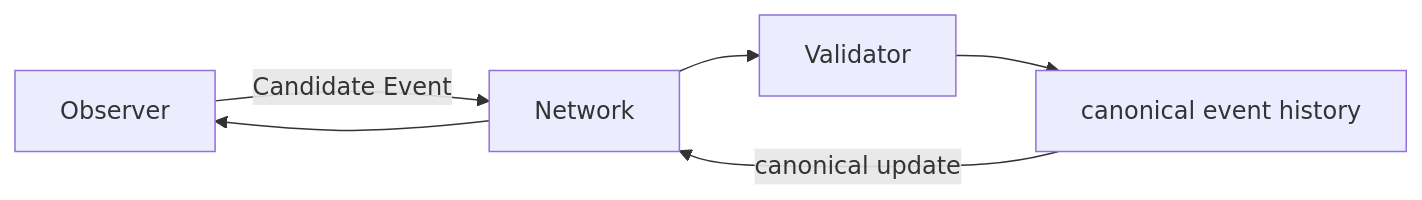
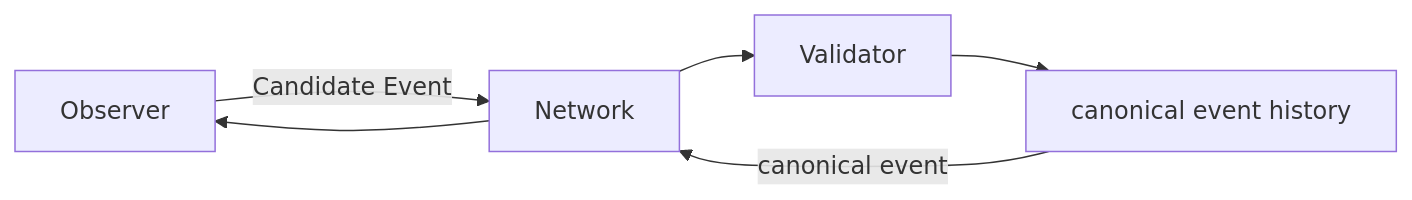
Before and after one commit to godofthunder101/crypsa-architecture: the second of 2 diagrams in implementation/minimal_validator/CrypSA_Minimal_Validator_v0.1.md, drawn with Mermaid. The commit also changed other lines of this file, not shown here.

````diff
--- a/implementation/minimal_validator/CrypSA_Minimal_Validator_v0.1.md
+++ b/implementation/minimal_validator/CrypSA_Minimal_Validator_v0.1.md
@@ -96,10 +96,10 @@
 ```mermaid
 flowchart LR
 
 A[Observer] -->|Candidate Event| B[Network]
 B --> C[Validator]
 
 C --> D[canonical event history]
-D -->|canonical update| B
+D -->|canonical event| B
 B --> A
 ```
````
